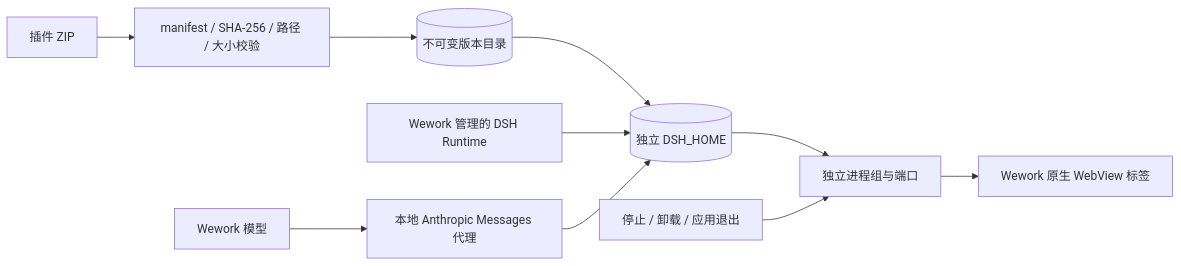
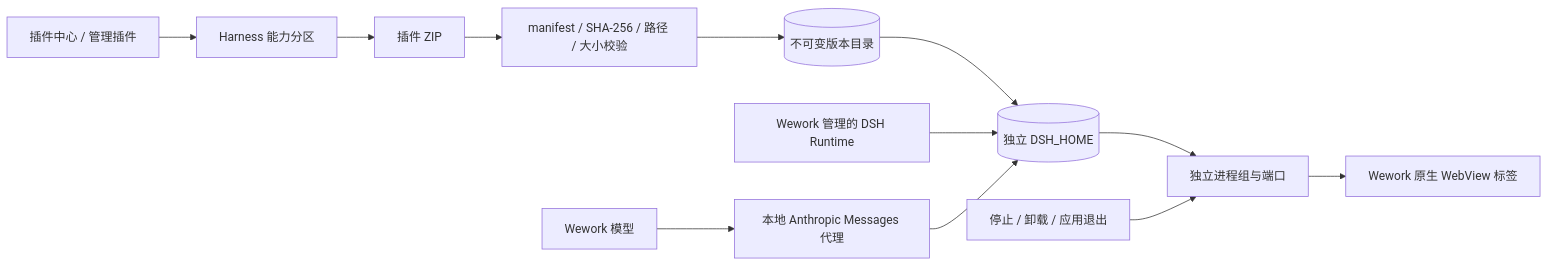
One commit to wecode-ai/Wegent changed the first of 2 diagrams in docs/zh/architecture/deepseek-harness-apps.md. Above: the diagram before and after it, drawn with Mermaid. The commit also changed other lines of this file and 13 other files, not shown here.

````diff
--- a/docs/zh/architecture/deepseek-harness-apps.md
+++ b/docs/zh/architecture/deepseek-harness-apps.md
@@ -9,12 +9,14 @@
 ```mermaid
 flowchart LR
+    PLUGINS[插件中心 / 管理插件] --> MANAGE[Harness 能力分区]
+    MANAGE --> ZIP
     ZIP[插件 ZIP] --> VALIDATE[manifest / SHA-256 / 路径 / 大小校验]
     VALIDATE --> STORE[(不可变版本目录)]
     STORE --> INSTANCE[(独立 DSH_HOME)]
     RUNTIME[Wework 管理的 DSH Runtime] --> INSTANCE
     MODEL[Wework 模型] --> PROXY[本地 Anthropic Messages 代理]
     PROXY --> INSTANCE
     INSTANCE --> PROCESS[独立进程组与端口]
     PROCESS --> TAB[Wework 原生 WebView 标签]
     STOP[停止 / 卸载 / 应用退出] --> PROCESS
 ```
````
